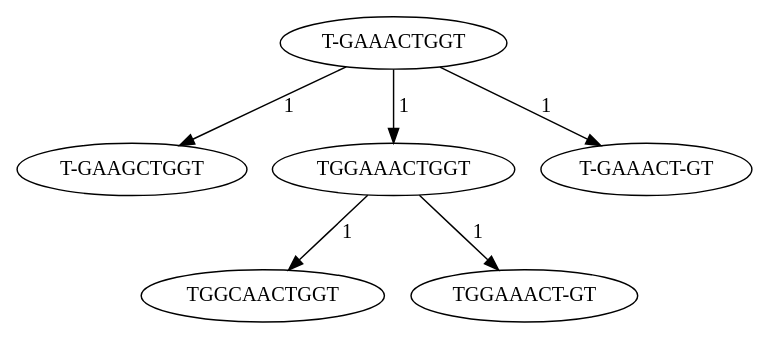
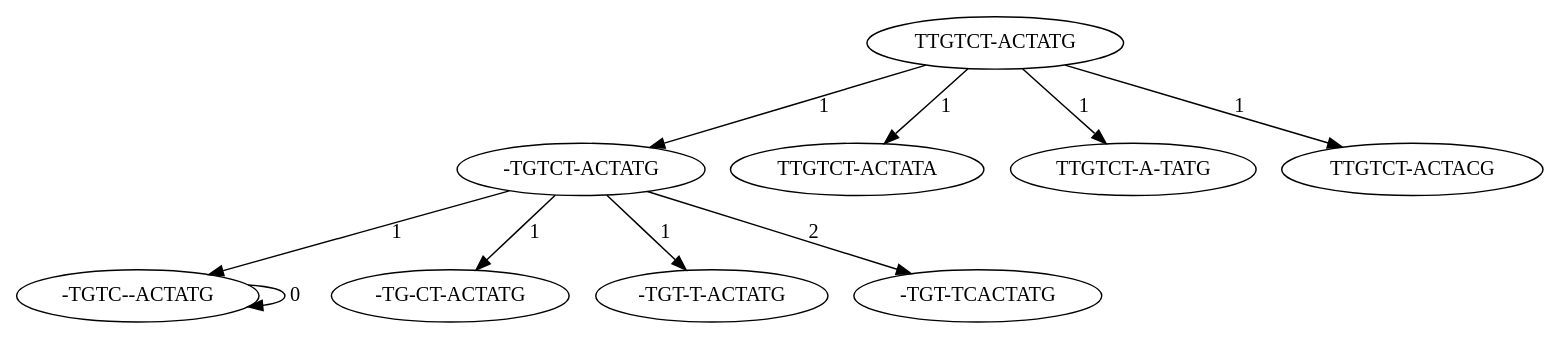
Before and after one commit to JeanSebastienBach/Stage_Alignement: the diagram in arbre.dot, drawn with Graphviz. The commit also changed 8 other files, not shown here.

```diff
--- a/arbre.dot
+++ b/arbre.dot
@@ -1,12 +1,20 @@
 digraph mutation {
-"T-GAAACTGGT" -> "T-GAAGCTGGT" [label=" 1"];
-// TGAAACTGGT TGAAGCTGGT 1
-"T-GAAACTGGT" -> "TGGAAACTGGT" [label=" 1"];
-// TGAAACTGGT TGGAAACTGGT 1
-"T-GAAACTGGT" -> "T-GAAACT-GT" [label=" 1"];
-// TGAAACTGGT TGAAACTGT 1
-"TGGAAACTGGT" -> "TGGCAACTGGT" [label=" 1"];
-// TGGAAACTGGT TGGCAACTGGT 1
-"TGGAAACTGGT" -> "TGGAAACT-GT" [label=" 1"];
-// TGGAAACTGGT TGGAAACTGT 1
+"-TGTC--ACTATG" -> "-TGTC--ACTATG" [label=" 0"];
+// TGTCACTATG TGTCACTATG 0
+"TTGTCT-ACTATG" -> "-TGTCT-ACTATG" [label=" 1"];
+// TTGTCTACTATG TGTCTACTATG 1
+"TTGTCT-ACTATG" -> "TTGTCT-ACTATA" [label=" 1"];
+// TTGTCTACTATG TTGTCTACTATA 1
+"TTGTCT-ACTATG" -> "TTGTCT-A-TATG" [label=" 1"];
+// TTGTCTACTATG TTGTCTATATG 1
+"TTGTCT-ACTATG" -> "TTGTCT-ACTACG" [label=" 1"];
+// TTGTCTACTATG TTGTCTACTACG 1
+"-TGTCT-ACTATG" -> "-TGTC--ACTATG" [label=" 1"];
+// TGTCTACTATG TGTCACTATG 1
+"-TGTCT-ACTATG" -> "-TG-CT-ACTATG" [label=" 1"];
+// TGTCTACTATG TGCTACTATG 1
+"-TGTCT-ACTATG" -> "-TGT-T-ACTATG" [label=" 1"];
+// TGTCTACTATG TGTTACTATG 1
+"-TGTCT-ACTATG" -> "-TGT-TCACTATG" [label=" 2"];
+// TGTCTACTATG TGTTCACTATG 2
 }
```
